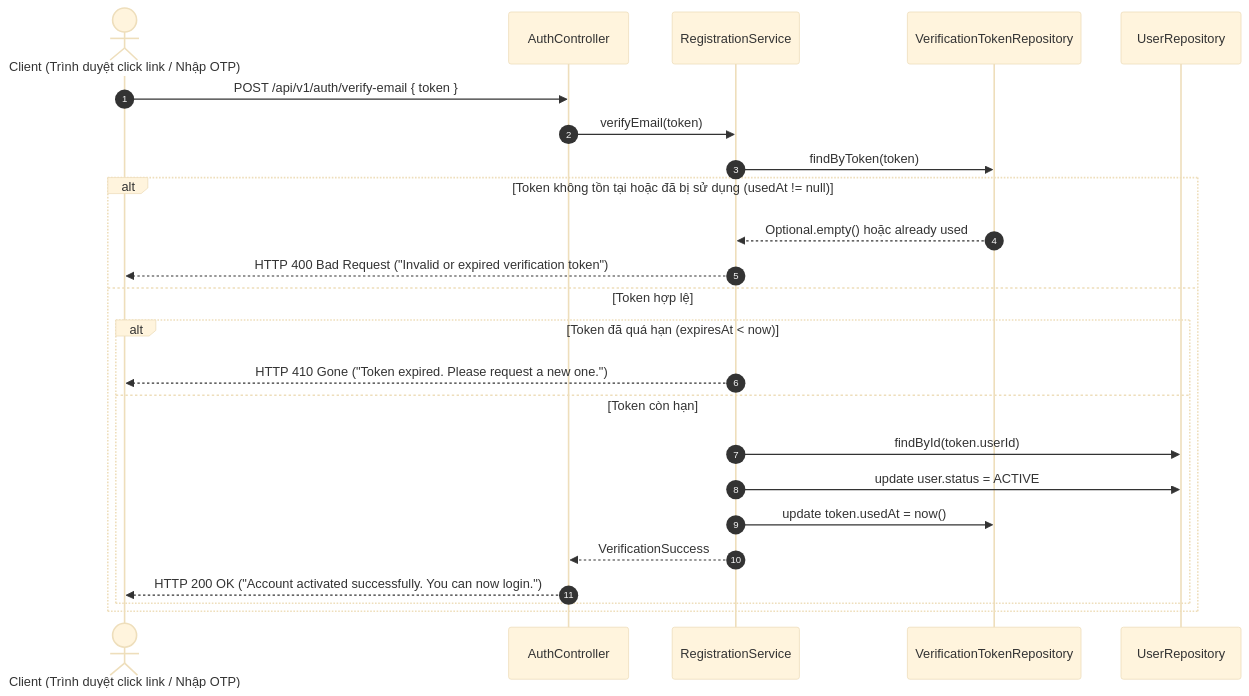
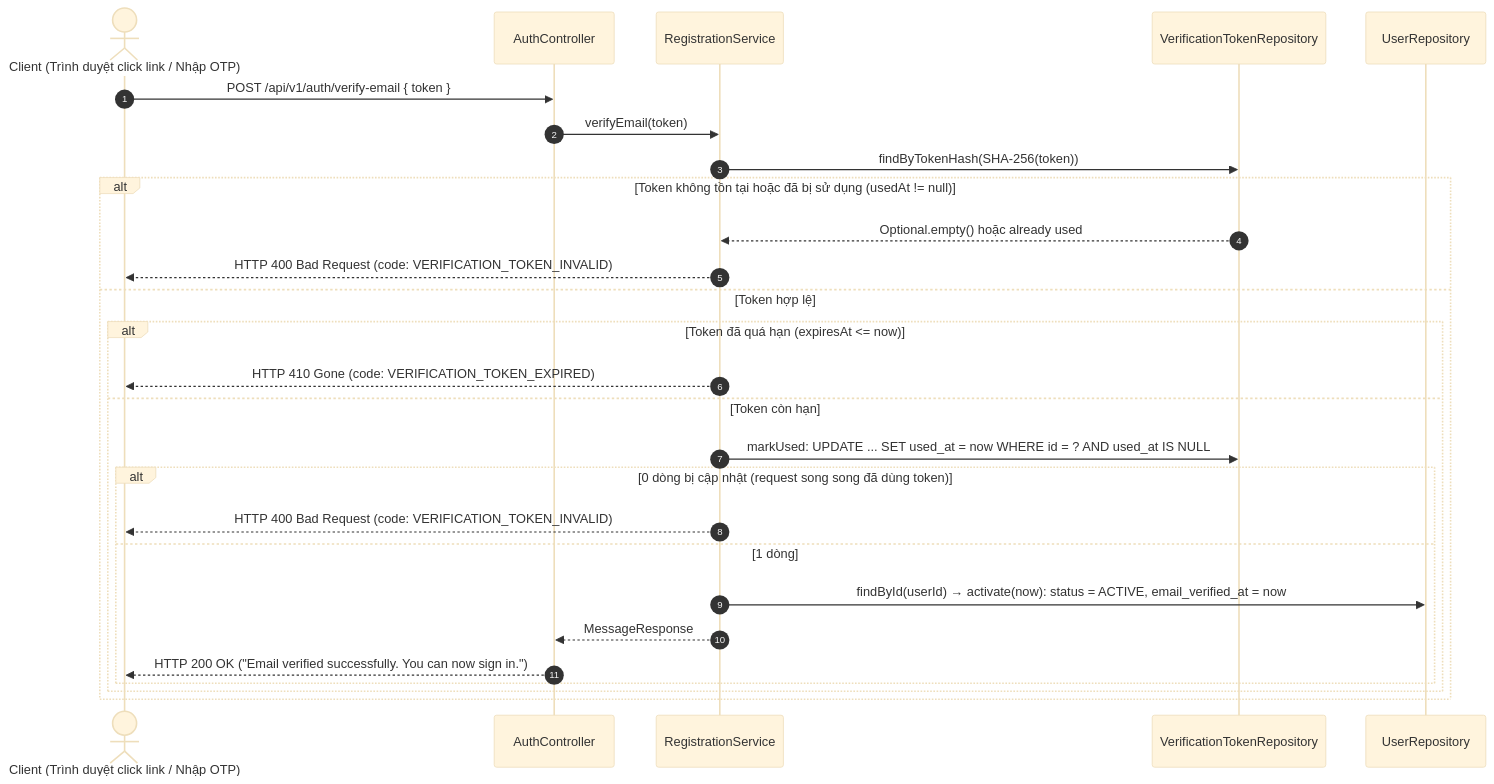
One commit to N-Tien-L/DevFlow changed the sixth of 7 diagrams in docs/diagrams/AUTH_ARCHITECTURE.md. Above: the diagram before and after it, drawn with Mermaid (base theme). The commit also changed other lines of this file and 4 other files, not shown here.

First line of the commit message:
docs(auth): document email verification schema, flows and migration order

````diff
--- a/docs/diagrams/AUTH_ARCHITECTURE.md
+++ b/docs/diagrams/AUTH_ARCHITECTURE.md
@@ -303,27 +307,30 @@
 ```mermaid
 sequenceDiagram
     autonumber
     actor Client as Client (Trình duyệt click link / Nhập OTP)
     participant Ctrl as AuthController
     participant RegSvc as RegistrationService
     participant TokenRepo as VerificationTokenRepository
     participant UserRepo as UserRepository
 
     Client->>Ctrl: POST /api/v1/auth/verify-email { token }
     Ctrl->>RegSvc: verifyEmail(token)
-    RegSvc->>TokenRepo: findByToken(token)
+    RegSvc->>TokenRepo: findByTokenHash(SHA-256(token))
     alt Token không tồn tại hoặc đã bị sử dụng (usedAt != null)
         TokenRepo-->>RegSvc: Optional.empty() hoặc already used
-        RegSvc-->>Client: HTTP 400 Bad Request ("Invalid or expired verification token")
+        RegSvc-->>Client: HTTP 400 Bad Request (code: VERIFICATION_TOKEN_INVALID)
     else Token hợp lệ
-        alt Token đã quá hạn (expiresAt < now)
-            RegSvc-->>Client: HTTP 410 Gone ("Token expired. Please request a new one.")
+        alt Token đã quá hạn (expiresAt <= now)
+            RegSvc-->>Client: HTTP 410 Gone (code: VERIFICATION_TOKEN_EXPIRED)
         else Token còn hạn
-            RegSvc->>UserRepo: findById(token.userId)
-            RegSvc->>UserRepo: update user.status = ACTIVE
-            RegSvc->>TokenRepo: update token.usedAt = now()
-            RegSvc-->>Ctrl: VerificationSuccess
-            Ctrl-->>Client: HTTP 200 OK ("Account activated successfully. You can now login.")
+            RegSvc->>TokenRepo: markUsed: UPDATE ... SET used_at = now WHERE id = ? AND used_at IS NULL
+            alt 0 dòng bị cập nhật (request song song đã dùng token)
+                RegSvc-->>Client: HTTP 400 Bad Request (code: VERIFICATION_TOKEN_INVALID)
+            else 1 dòng
+                RegSvc->>UserRepo: findById(userId) → activate(now): status = ACTIVE, email_verified_at = now
+                RegSvc-->>Ctrl: MessageResponse
+                Ctrl-->>Client: HTTP 200 OK ("Email verified successfully. You can now sign in.")
+            end
         end
     end
 ```
````
